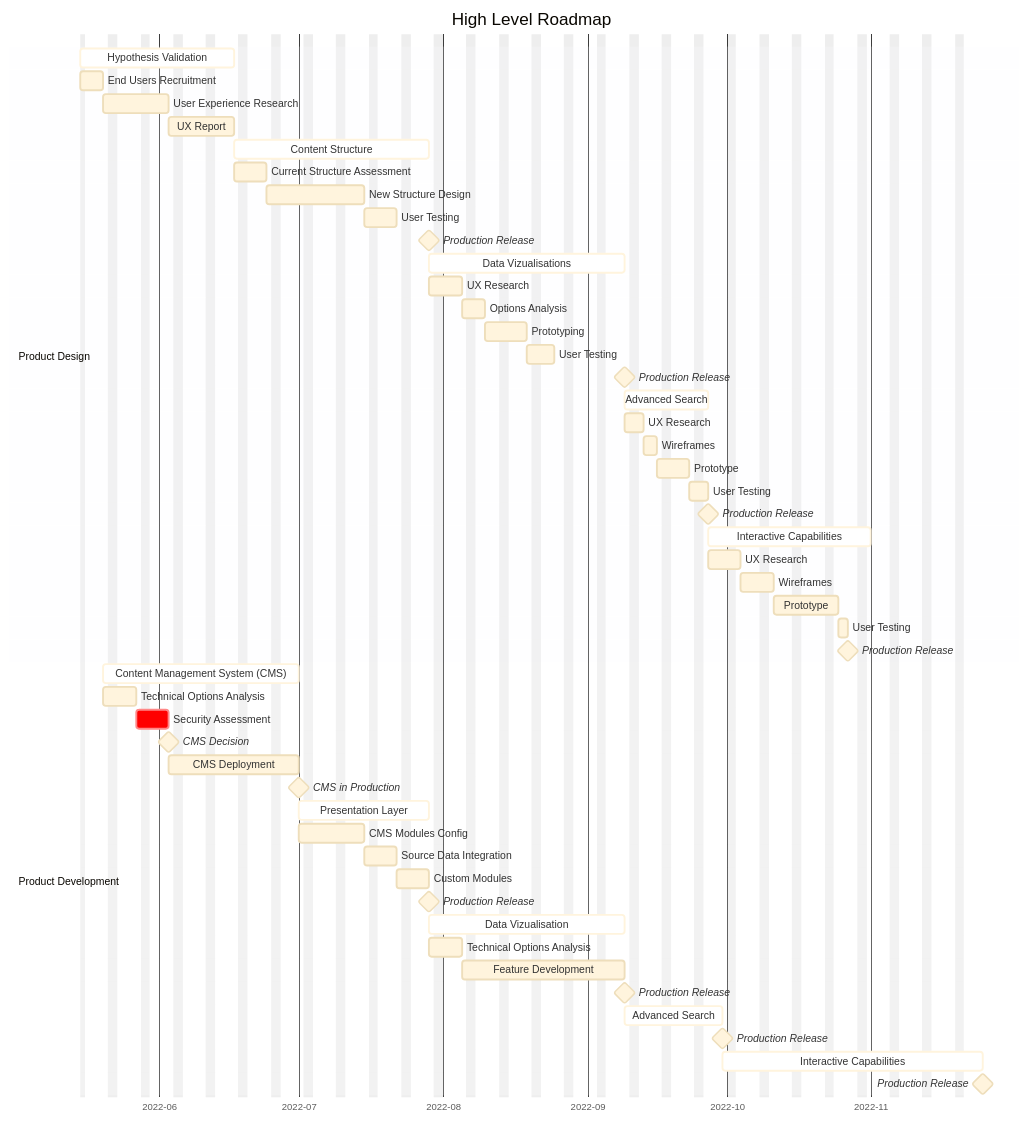
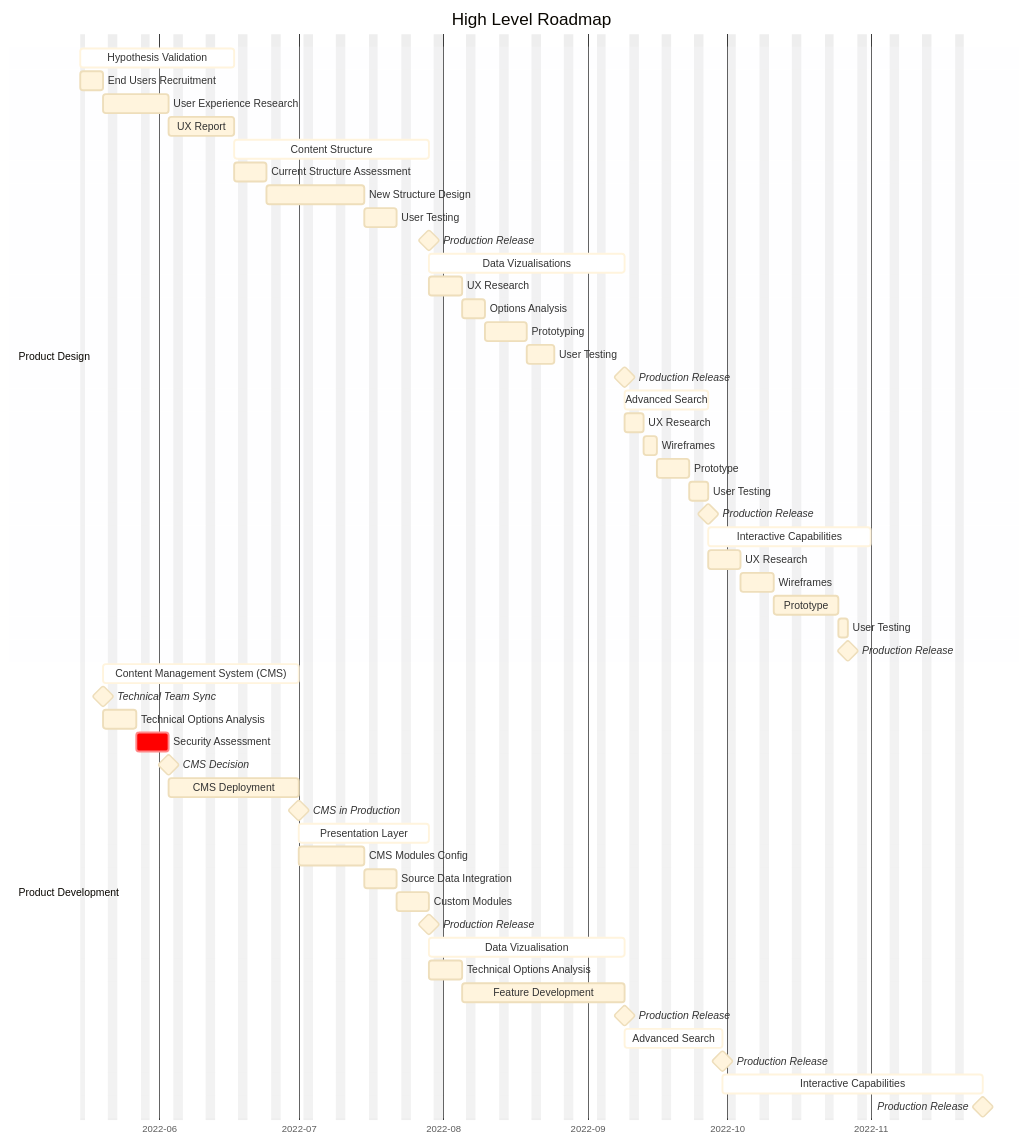
Before and after one commit to cds-snc/consultation-references: the diagram in base-product-roadmap.md, drawn with Mermaid. The commit also changed other lines of this file, not shown here.

````diff
--- a/base-product-roadmap.md
+++ b/base-product-roadmap.md
@@ -17,70 +17,71 @@
 ```mermaid
 %%{init: {'theme':'base'}}%%
 gantt
     title High Level Roadmap
     dateFormat  YYYY-MM-DD
     axisFormat  %Y-%m
     excludes    weekends
 
     section Product Design
 
     Hypothesis Validation               :active,  des1, 2022-05-15, 25d
     End Users Recruitment               :2022-05-15, 5d
     User Experience Research            :10d
     UX Report                           :10d
 
     Content Structure                   :active, des2, after des1,  30d
     Current Structure Assessment        :des2a, after des1, 5d
     New Structure Design                :15d
     User Testing                        :5d
     Production Release                  :milestone, mil1, after des2, 0d
     
     Data Vizualisations             :active, des3, after mil1, 30d
     UX Research                     :after mil1, 5d
     Options Analysis                :3d
     Prototyping                     :7d
     User Testing                    :4d
     Production Release              :milestone, mil2, after des3, 0d
     
     Advanced Search                 :active, des4, after des3, 12d
     UX Research                     :after des3, 2d
     Wireframes                      :3d
     Prototype                       :5d
     User Testing                    :2d
     Production Release              :milestone, 0d
 
     Interactive Capabilities            :active, des5, after des4, 25d
     UX Research                         :after des4, 5d
     Wireframes                          :5d
     Prototype                           :10d
     User Testing                        :2d
     Production Release                  :milestone, 0d
 
 
     section Product Development
 
     Content Management System (CMS) :active, dev1, 2022-05-20, 30d
+    Technical Team Sync: milestone, 2022-05-20, 0d
     Technical Options Analysis :2022-05-20, 5d
     Security Assessment          :crit,  5d
     CMS Decision: milestone, 0d
     CMS Deployment      : 20d
     CMS in Production: milestone, 0d
     
     Presentation Layer              :active, dev2, after dev1, 20d
     CMS Modules Config              :after dev1, 10d
     Source Data Integration         :5d
     Custom Modules                  :5d
     Production Release              :milestone, 0d
 
     Data Vizualisation              :active, dev3, after dev2, 30d
     Technical Options Analysis      :after dev2, 5d
     Feature Development             :25d
     Production Release              :milestone, 0d
 
     Advanced Search                 :active, dev4, after dev3, 15d
     Production Release              : milestone, 0d
 
     Interactive Capabilities        :active, dev5, after dev4, 40d
     Production Release              : milestone, 0d
     
 ```
````
